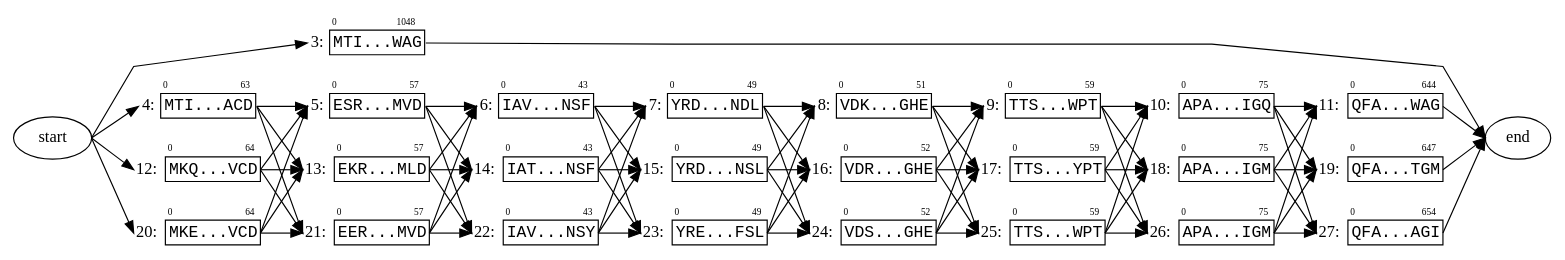
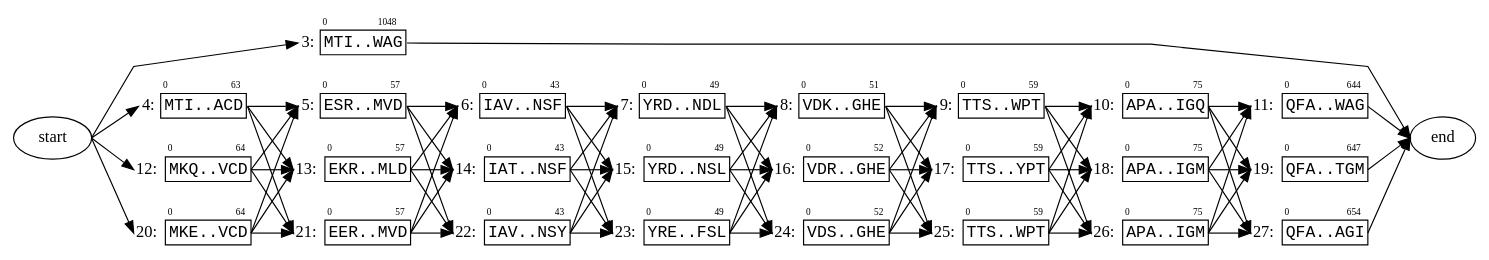
The diagram in docs/figures/protein_figure_1.dot (ginkgobioworks/gen), drawn with Graphviz before and after one commit. The commit also changed 2 other files, not shown here.

```diff
--- a/docs/figures/protein_figure_1.dot
+++ b/docs/figures/protein_figure_1.dot
@@ -4,105 +4,105 @@
 	];
 	node [label="\N"];
 	source	[label=start];
-	3.0	[label=<<TABLE BORDER='0' CELLBORDER='1' CELLSPACING='0'><TR><TD BORDER='0'></TD><TD BORDER='0' ALIGN='LEFT'><FONT POINT-SIZE='8'>0</FONT></TD><TD BORDER='0' ALIGN='RIGHT'><FONT POINT-SIZE='8'>1048</FONT></TD></TR><TR><TD BORDER='0' PORT='caption' ALIGN='right'>3:</TD><TD PORT='seq' COLSPAN='2'><FONT FACE='Courier New'>MTI...WAG</FONT></TD></TR></TABLE>>,
+	3.0	[label=<<TABLE BORDER='0' CELLBORDER='1' CELLSPACING='0'><TR><TD BORDER='0'></TD><TD BORDER='0' ALIGN='LEFT'><FONT POINT-SIZE='8'>0</FONT></TD><TD BORDER='0' ALIGN='RIGHT'><FONT POINT-SIZE='8'>1048</FONT></TD></TR><TR><TD BORDER='0' PORT='caption' ALIGN='right'>3:</TD><TD PORT='seq' COLSPAN='2'><FONT FACE='Courier New'>MTI..WAG</FONT></TD></TR></TABLE>>,
 		margin=0,
 		shape=none];
 	source:e -> 3.0:caption:w;
-	4.0	[label=<<TABLE BORDER='0' CELLBORDER='1' CELLSPACING='0'><TR><TD BORDER='0'></TD><TD BORDER='0' ALIGN='LEFT'><FONT POINT-SIZE='8'>0</FONT></TD><TD BORDER='0' ALIGN='RIGHT'><FONT POINT-SIZE='8'>63</FONT></TD></TR><TR><TD BORDER='0' PORT='caption' ALIGN='right'>4:</TD><TD PORT='seq' COLSPAN='2'><FONT FACE='Courier New'>MTI...ACD</FONT></TD></TR></TABLE>>,
+	4.0	[label=<<TABLE BORDER='0' CELLBORDER='1' CELLSPACING='0'><TR><TD BORDER='0'></TD><TD BORDER='0' ALIGN='LEFT'><FONT POINT-SIZE='8'>0</FONT></TD><TD BORDER='0' ALIGN='RIGHT'><FONT POINT-SIZE='8'>63</FONT></TD></TR><TR><TD BORDER='0' PORT='caption' ALIGN='right'>4:</TD><TD PORT='seq' COLSPAN='2'><FONT FACE='Courier New'>MTI..ACD</FONT></TD></TR></TABLE>>,
 		margin=0,
 		shape=none];
 	source:e -> 4.0:caption:w;
-	12.0	[label=<<TABLE BORDER='0' CELLBORDER='1' CELLSPACING='0'><TR><TD BORDER='0'></TD><TD BORDER='0' ALIGN='LEFT'><FONT POINT-SIZE='8'>0</FONT></TD><TD BORDER='0' ALIGN='RIGHT'><FONT POINT-SIZE='8'>64</FONT></TD></TR><TR><TD BORDER='0' PORT='caption' ALIGN='right'>12:</TD><TD PORT='seq' COLSPAN='2'><FONT FACE='Courier New'>MKQ...VCD</FONT></TD></TR></TABLE>>,
+	12.0	[label=<<TABLE BORDER='0' CELLBORDER='1' CELLSPACING='0'><TR><TD BORDER='0'></TD><TD BORDER='0' ALIGN='LEFT'><FONT POINT-SIZE='8'>0</FONT></TD><TD BORDER='0' ALIGN='RIGHT'><FONT POINT-SIZE='8'>64</FONT></TD></TR><TR><TD BORDER='0' PORT='caption' ALIGN='right'>12:</TD><TD PORT='seq' COLSPAN='2'><FONT FACE='Courier New'>MKQ..VCD</FONT></TD></TR></TABLE>>,
 		margin=0,
 		shape=none];
 	source:e -> 12.0:caption:w;
-	20.0	[label=<<TABLE BORDER='0' CELLBORDER='1' CELLSPACING='0'><TR><TD BORDER='0'></TD><TD BORDER='0' ALIGN='LEFT'><FONT POINT-SIZE='8'>0</FONT></TD><TD BORDER='0' ALIGN='RIGHT'><FONT POINT-SIZE='8'>64</FONT></TD></TR><TR><TD BORDER='0' PORT='caption' ALIGN='right'>20:</TD><TD PORT='seq' COLSPAN='2'><FONT FACE='Courier New'>MKE...VCD</FONT></TD></TR></TABLE>>,
+	20.0	[label=<<TABLE BORDER='0' CELLBORDER='1' CELLSPACING='0'><TR><TD BORDER='0'></TD><TD BORDER='0' ALIGN='LEFT'><FONT POINT-SIZE='8'>0</FONT></TD><TD BORDER='0' ALIGN='RIGHT'><FONT POINT-SIZE='8'>64</FONT></TD></TR><TR><TD BORDER='0' PORT='caption' ALIGN='right'>20:</TD><TD PORT='seq' COLSPAN='2'><FONT FACE='Courier New'>MKE..VCD</FONT></TD></TR></TABLE>>,
 		margin=0,
 		shape=none];
 	source:e -> 20.0:caption:w;
 	sink	[label=end];
 	3.0:seq:e -> sink:w;
-	5.0	[label=<<TABLE BORDER='0' CELLBORDER='1' CELLSPACING='0'><TR><TD BORDER='0'></TD><TD BORDER='0' ALIGN='LEFT'><FONT POINT-SIZE='8'>0</FONT></TD><TD BORDER='0' ALIGN='RIGHT'><FONT POINT-SIZE='8'>57</FONT></TD></TR><TR><TD BORDER='0' PORT='caption' ALIGN='right'>5:</TD><TD PORT='seq' COLSPAN='2'><FONT FACE='Courier New'>ESR...MVD</FONT></TD></TR></TABLE>>,
+	5.0	[label=<<TABLE BORDER='0' CELLBORDER='1' CELLSPACING='0'><TR><TD BORDER='0'></TD><TD BORDER='0' ALIGN='LEFT'><FONT POINT-SIZE='8'>0</FONT></TD><TD BORDER='0' ALIGN='RIGHT'><FONT POINT-SIZE='8'>57</FONT></TD></TR><TR><TD BORDER='0' PORT='caption' ALIGN='right'>5:</TD><TD PORT='seq' COLSPAN='2'><FONT FACE='Courier New'>ESR..MVD</FONT></TD></TR></TABLE>>,
 		margin=0,
 		shape=none];
 	4.0:seq:e -> 5.0:caption:w;
-	13.0	[label=<<TABLE BORDER='0' CELLBORDER='1' CELLSPACING='0'><TR><TD BORDER='0'></TD><TD BORDER='0' ALIGN='LEFT'><FONT POINT-SIZE='8'>0</FONT></TD><TD BORDER='0' ALIGN='RIGHT'><FONT POINT-SIZE='8'>57</FONT></TD></TR><TR><TD BORDER='0' PORT='caption' ALIGN='right'>13:</TD><TD PORT='seq' COLSPAN='2'><FONT FACE='Courier New'>EKR...MLD</FONT></TD></TR></TABLE>>,
+	13.0	[label=<<TABLE BORDER='0' CELLBORDER='1' CELLSPACING='0'><TR><TD BORDER='0'></TD><TD BORDER='0' ALIGN='LEFT'><FONT POINT-SIZE='8'>0</FONT></TD><TD BORDER='0' ALIGN='RIGHT'><FONT POINT-SIZE='8'>57</FONT></TD></TR><TR><TD BORDER='0' PORT='caption' ALIGN='right'>13:</TD><TD PORT='seq' COLSPAN='2'><FONT FACE='Courier New'>EKR..MLD</FONT></TD></TR></TABLE>>,
 		margin=0,
 		shape=none];
 	4.0:seq:e -> 13.0:caption:w;
-	21.0	[label=<<TABLE BORDER='0' CELLBORDER='1' CELLSPACING='0'><TR><TD BORDER='0'></TD><TD BORDER='0' ALIGN='LEFT'><FONT POINT-SIZE='8'>0</FONT></TD><TD BORDER='0' ALIGN='RIGHT'><FONT POINT-SIZE='8'>57</FONT></TD></TR><TR><TD BORDER='0' PORT='caption' ALIGN='right'>21:</TD><TD PORT='seq' COLSPAN='2'><FONT FACE='Courier New'>EER...MVD</FONT></TD></TR></TABLE>>,
+	21.0	[label=<<TABLE BORDER='0' CELLBORDER='1' CELLSPACING='0'><TR><TD BORDER='0'></TD><TD BORDER='0' ALIGN='LEFT'><FONT POINT-SIZE='8'>0</FONT></TD><TD BORDER='0' ALIGN='RIGHT'><FONT POINT-SIZE='8'>57</FONT></TD></TR><TR><TD BORDER='0' PORT='caption' ALIGN='right'>21:</TD><TD PORT='seq' COLSPAN='2'><FONT FACE='Courier New'>EER..MVD</FONT></TD></TR></TABLE>>,
 		margin=0,
 		shape=none];
 	4.0:seq:e -> 21.0:caption:w;
-	6.0	[label=<<TABLE BORDER='0' CELLBORDER='1' CELLSPACING='0'><TR><TD BORDER='0'></TD><TD BORDER='0' ALIGN='LEFT'><FONT POINT-SIZE='8'>0</FONT></TD><TD BORDER='0' ALIGN='RIGHT'><FONT POINT-SIZE='8'>43</FONT></TD></TR><TR><TD BORDER='0' PORT='caption' ALIGN='right'>6:</TD><TD PORT='seq' COLSPAN='2'><FONT FACE='Courier New'>IAV...NSF</FONT></TD></TR></TABLE>>,
+	6.0	[label=<<TABLE BORDER='0' CELLBORDER='1' CELLSPACING='0'><TR><TD BORDER='0'></TD><TD BORDER='0' ALIGN='LEFT'><FONT POINT-SIZE='8'>0</FONT></TD><TD BORDER='0' ALIGN='RIGHT'><FONT POINT-SIZE='8'>43</FONT></TD></TR><TR><TD BORDER='0' PORT='caption' ALIGN='right'>6:</TD><TD PORT='seq' COLSPAN='2'><FONT FACE='Courier New'>IAV..NSF</FONT></TD></TR></TABLE>>,
 		margin=0,
 		shape=none];
 	5.0:seq:e -> 6.0:caption:w;
-	14.0	[label=<<TABLE BORDER='0' CELLBORDER='1' CELLSPACING='0'><TR><TD BORDER='0'></TD><TD BORDER='0' ALIGN='LEFT'><FONT POINT-SIZE='8'>0</FONT></TD><TD BORDER='0' ALIGN='RIGHT'><FONT POINT-SIZE='8'>43</FONT></TD></TR><TR><TD BORDER='0' PORT='caption' ALIGN='right'>14:</TD><TD PORT='seq' COLSPAN='2'><FONT FACE='Courier New'>IAT...NSF</FONT></TD></TR></TABLE>>,
+	14.0	[label=<<TABLE BORDER='0' CELLBORDER='1' CELLSPACING='0'><TR><TD BORDER='0'></TD><TD BORDER='0' ALIGN='LEFT'><FONT POINT-SIZE='8'>0</FONT></TD><TD BORDER='0' ALIGN='RIGHT'><FONT POINT-SIZE='8'>43</FONT></TD></TR><TR><TD BORDER='0' PORT='caption' ALIGN='right'>14:</TD><TD PORT='seq' COLSPAN='2'><FONT FACE='Courier New'>IAT..NSF</FONT></TD></TR></TABLE>>,
 		margin=0,
 		shape=none];
 	5.0:seq:e -> 14.0:caption:w;
-	22.0	[label=<<TABLE BORDER='0' CELLBORDER='1' CELLSPACING='0'><TR><TD BORDER='0'></TD><TD BORDER='0' ALIGN='LEFT'><FONT POINT-SIZE='8'>0</FONT></TD><TD BORDER='0' ALIGN='RIGHT'><FONT POINT-SIZE='8'>43</FONT></TD></TR><TR><TD BORDER='0' PORT='caption' ALIGN='right'>22:</TD><TD PORT='seq' COLSPAN='2'><FONT FACE='Courier New'>IAV...NSY</FONT></TD></TR></TABLE>>,
+	22.0	[label=<<TABLE BORDER='0' CELLBORDER='1' CELLSPACING='0'><TR><TD BORDER='0'></TD><TD BORDER='0' ALIGN='LEFT'><FONT POINT-SIZE='8'>0</FONT></TD><TD BORDER='0' ALIGN='RIGHT'><FONT POINT-SIZE='8'>43</FONT></TD></TR><TR><TD BORDER='0' PORT='caption' ALIGN='right'>22:</TD><TD PORT='seq' COLSPAN='2'><FONT FACE='Courier New'>IAV..NSY</FONT></TD></TR></TABLE>>,
 		margin=0,
 		shape=none];
 	5.0:seq:e -> 22.0:caption:w;
-	7.0	[label=<<TABLE BORDER='0' CELLBORDER='1' CELLSPACING='0'><TR><TD BORDER='0'></TD><TD BORDER='0' ALIGN='LEFT'><FONT POINT-SIZE='8'>0</FONT></TD><TD BORDER='0' ALIGN='RIGHT'><FONT POINT-SIZE='8'>49</FONT></TD></TR><TR><TD BORDER='0' PORT='caption' ALIGN='right'>7:</TD><TD PORT='seq' COLSPAN='2'><FONT FACE='Courier New'>YRD...NDL</FONT></TD></TR></TABLE>>,
+	7.0	[label=<<TABLE BORDER='0' CELLBORDER='1' CELLSPACING='0'><TR><TD BORDER='0'></TD><TD BORDER='0' ALIGN='LEFT'><FONT POINT-SIZE='8'>0</FONT></TD><TD BORDER='0' ALIGN='RIGHT'><FONT POINT-SIZE='8'>49</FONT></TD></TR><TR><TD BORDER='0' PORT='caption' ALIGN='right'>7:</TD><TD PORT='seq' COLSPAN='2'><FONT FACE='Courier New'>YRD..NDL</FONT></TD></TR></TABLE>>,
 		margin=0,
 		shape=none];
 	6.0:seq:e -> 7.0:caption:w;
-	15.0	[label=<<TABLE BORDER='0' CELLBORDER='1' CELLSPACING='0'><TR><TD BORDER='0'></TD><TD BORDER='0' ALIGN='LEFT'><FONT POINT-SIZE='8'>0</FONT></TD><TD BORDER='0' ALIGN='RIGHT'><FONT POINT-SIZE='8'>49</FONT></TD></TR><TR><TD BORDER='0' PORT='caption' ALIGN='right'>15:</TD><TD PORT='seq' COLSPAN='2'><FONT FACE='Courier New'>YRD...NSL</FONT></TD></TR></TABLE>>,
+	15.0	[label=<<TABLE BORDER='0' CELLBORDER='1' CELLSPACING='0'><TR><TD BORDER='0'></TD><TD BORDER='0' ALIGN='LEFT'><FONT POINT-SIZE='8'>0</FONT></TD><TD BORDER='0' ALIGN='RIGHT'><FONT POINT-SIZE='8'>49</FONT></TD></TR><TR><TD BORDER='0' PORT='caption' ALIGN='right'>15:</TD><TD PORT='seq' COLSPAN='2'><FONT FACE='Courier New'>YRD..NSL</FONT></TD></TR></TABLE>>,
 		margin=0,
 		shape=none];
 	6.0:seq:e -> 15.0:caption:w;
-	23.0	[label=<<TABLE BORDER='0' CELLBORDER='1' CELLSPACING='0'><TR><TD BORDER='0'></TD><TD BORDER='0' ALIGN='LEFT'><FONT POINT-SIZE='8'>0</FONT></TD><TD BORDER='0' ALIGN='RIGHT'><FONT POINT-SIZE='8'>49</FONT></TD></TR><TR><TD BORDER='0' PORT='caption' ALIGN='right'>23:</TD><TD PORT='seq' COLSPAN='2'><FONT FACE='Courier New'>YRE...FSL</FONT></TD></TR></TABLE>>,
+	23.0	[label=<<TABLE BORDER='0' CELLBORDER='1' CELLSPACING='0'><TR><TD BORDER='0'></TD><TD BORDER='0' ALIGN='LEFT'><FONT POINT-SIZE='8'>0</FONT></TD><TD BORDER='0' ALIGN='RIGHT'><FONT POINT-SIZE='8'>49</FONT></TD></TR><TR><TD BORDER='0' PORT='caption' ALIGN='right'>23:</TD><TD PORT='seq' COLSPAN='2'><FONT FACE='Courier New'>YRE..FSL</FONT></TD></TR></TABLE>>,
 		margin=0,
 		shape=none];
 	6.0:seq:e -> 23.0:caption:w;
-	8.0	[label=<<TABLE BORDER='0' CELLBORDER='1' CELLSPACING='0'><TR><TD BORDER='0'></TD><TD BORDER='0' ALIGN='LEFT'><FONT POINT-SIZE='8'>0</FONT></TD><TD BORDER='0' ALIGN='RIGHT'><FONT POINT-SIZE='8'>51</FONT></TD></TR><TR><TD BORDER='0' PORT='caption' ALIGN='right'>8:</TD><TD PORT='seq' COLSPAN='2'><FONT FACE='Courier New'>VDK...GHE</FONT></TD></TR></TABLE>>,
+	8.0	[label=<<TABLE BORDER='0' CELLBORDER='1' CELLSPACING='0'><TR><TD BORDER='0'></TD><TD BORDER='0' ALIGN='LEFT'><FONT POINT-SIZE='8'>0</FONT></TD><TD BORDER='0' ALIGN='RIGHT'><FONT POINT-SIZE='8'>51</FONT></TD></TR><TR><TD BORDER='0' PORT='caption' ALIGN='right'>8:</TD><TD PORT='seq' COLSPAN='2'><FONT FACE='Courier New'>VDK..GHE</FONT></TD></TR></TABLE>>,
 		margin=0,
 		shape=none];
 	7.0:seq:e -> 8.0:caption:w;
-	16.0	[label=<<TABLE BORDER='0' CELLBORDER='1' CELLSPACING='0'><TR><TD BORDER='0'></TD><TD BORDER='0' ALIGN='LEFT'><FONT POINT-SIZE='8'>0</FONT></TD><TD BORDER='0' ALIGN='RIGHT'><FONT POINT-SIZE='8'>52</FONT></TD></TR><TR><TD BORDER='0' PORT='caption' ALIGN='right'>16:</TD><TD PORT='seq' COLSPAN='2'><FONT FACE='Courier New'>VDR...GHE</FONT></TD></TR></TABLE>>,
+	16.0	[label=<<TABLE BORDER='0' CELLBORDER='1' CELLSPACING='0'><TR><TD BORDER='0'></TD><TD BORDER='0' ALIGN='LEFT'><FONT POINT-SIZE='8'>0</FONT></TD><TD BORDER='0' ALIGN='RIGHT'><FONT POINT-SIZE='8'>52</FONT></TD></TR><TR><TD BORDER='0' PORT='caption' ALIGN='right'>16:</TD><TD PORT='seq' COLSPAN='2'><FONT FACE='Courier New'>VDR..GHE</FONT></TD></TR></TABLE>>,
 		margin=0,
 		shape=none];
 	7.0:seq:e -> 16.0:caption:w;
-	24.0	[label=<<TABLE BORDER='0' CELLBORDER='1' CELLSPACING='0'><TR><TD BORDER='0'></TD><TD BORDER='0' ALIGN='LEFT'><FONT POINT-SIZE='8'>0</FONT></TD><TD BORDER='0' ALIGN='RIGHT'><FONT POINT-SIZE='8'>52</FONT></TD></TR><TR><TD BORDER='0' PORT='caption' ALIGN='right'>24:</TD><TD PORT='seq' COLSPAN='2'><FONT FACE='Courier New'>VDS...GHE</FONT></TD></TR></TABLE>>,
+	24.0	[label=<<TABLE BORDER='0' CELLBORDER='1' CELLSPACING='0'><TR><TD BORDER='0'></TD><TD BORDER='0' ALIGN='LEFT'><FONT POINT-SIZE='8'>0</FONT></TD><TD BORDER='0' ALIGN='RIGHT'><FONT POINT-SIZE='8'>52</FONT></TD></TR><TR><TD BORDER='0' PORT='caption' ALIGN='right'>24:</TD><TD PORT='seq' COLSPAN='2'><FONT FACE='Courier New'>VDS..GHE</FONT></TD></TR></TABLE>>,
 		margin=0,
 		shape=none];
 	7.0:seq:e -> 24.0:caption:w;
-	9.0	[label=<<TABLE BORDER='0' CELLBORDER='1' CELLSPACING='0'><TR><TD BORDER='0'></TD><TD BORDER='0' ALIGN='LEFT'><FONT POINT-SIZE='8'>0</FONT></TD><TD BORDER='0' ALIGN='RIGHT'><FONT POINT-SIZE='8'>59</FONT></TD></TR><TR><TD BORDER='0' PORT='caption' ALIGN='right'>9:</TD><TD PORT='seq' COLSPAN='2'><FONT FACE='Courier New'>TTS...WPT</FONT></TD></TR></TABLE>>,
+	9.0	[label=<<TABLE BORDER='0' CELLBORDER='1' CELLSPACING='0'><TR><TD BORDER='0'></TD><TD BORDER='0' ALIGN='LEFT'><FONT POINT-SIZE='8'>0</FONT></TD><TD BORDER='0' ALIGN='RIGHT'><FONT POINT-SIZE='8'>59</FONT></TD></TR><TR><TD BORDER='0' PORT='caption' ALIGN='right'>9:</TD><TD PORT='seq' COLSPAN='2'><FONT FACE='Courier New'>TTS..WPT</FONT></TD></TR></TABLE>>,
 		margin=0,
 		shape=none];
 	8.0:seq:e -> 9.0:caption:w;
-	17.0	[label=<<TABLE BORDER='0' CELLBORDER='1' CELLSPACING='0'><TR><TD BORDER='0'></TD><TD BORDER='0' ALIGN='LEFT'><FONT POINT-SIZE='8'>0</FONT></TD><TD BORDER='0' ALIGN='RIGHT'><FONT POINT-SIZE='8'>59</FONT></TD></TR><TR><TD BORDER='0' PORT='caption' ALIGN='right'>17:</TD><TD PORT='seq' COLSPAN='2'><FONT FACE='Courier New'>TTS...YPT</FONT></TD></TR></TABLE>>,
+	17.0	[label=<<TABLE BORDER='0' CELLBORDER='1' CELLSPACING='0'><TR><TD BORDER='0'></TD><TD BORDER='0' ALIGN='LEFT'><FONT POINT-SIZE='8'>0</FONT></TD><TD BORDER='0' ALIGN='RIGHT'><FONT POINT-SIZE='8'>59</FONT></TD></TR><TR><TD BORDER='0' PORT='caption' ALIGN='right'>17:</TD><TD PORT='seq' COLSPAN='2'><FONT FACE='Courier New'>TTS..YPT</FONT></TD></TR></TABLE>>,
 		margin=0,
 		shape=none];
 	8.0:seq:e -> 17.0:caption:w;
-	25.0	[label=<<TABLE BORDER='0' CELLBORDER='1' CELLSPACING='0'><TR><TD BORDER='0'></TD><TD BORDER='0' ALIGN='LEFT'><FONT POINT-SIZE='8'>0</FONT></TD><TD BORDER='0' ALIGN='RIGHT'><FONT POINT-SIZE='8'>59</FONT></TD></TR><TR><TD BORDER='0' PORT='caption' ALIGN='right'>25:</TD><TD PORT='seq' COLSPAN='2'><FONT FACE='Courier New'>TTS...WPT</FONT></TD></TR></TABLE>>,
+	25.0	[label=<<TABLE BORDER='0' CELLBORDER='1' CELLSPACING='0'><TR><TD BORDER='0'></TD><TD BORDER='0' ALIGN='LEFT'><FONT POINT-SIZE='8'>0</FONT></TD><TD BORDER='0' ALIGN='RIGHT'><FONT POINT-SIZE='8'>59</FONT></TD></TR><TR><TD BORDER='0' PORT='caption' ALIGN='right'>25:</TD><TD PORT='seq' COLSPAN='2'><FONT FACE='Courier New'>TTS..WPT</FONT></TD></TR></TABLE>>,
 		margin=0,
 		shape=none];
 	8.0:seq:e -> 25.0:caption:w;
-	10.0	[label=<<TABLE BORDER='0' CELLBORDER='1' CELLSPACING='0'><TR><TD BORDER='0'></TD><TD BORDER='0' ALIGN='LEFT'><FONT POINT-SIZE='8'>0</FONT></TD><TD BORDER='0' ALIGN='RIGHT'><FONT POINT-SIZE='8'>75</FONT></TD></TR><TR><TD BORDER='0' PORT='caption' ALIGN='right'>10:</TD><TD PORT='seq' COLSPAN='2'><FONT FACE='Courier New'>APA...IGQ</FONT></TD></TR></TABLE>>,
+	10.0	[label=<<TABLE BORDER='0' CELLBORDER='1' CELLSPACING='0'><TR><TD BORDER='0'></TD><TD BORDER='0' ALIGN='LEFT'><FONT POINT-SIZE='8'>0</FONT></TD><TD BORDER='0' ALIGN='RIGHT'><FONT POINT-SIZE='8'>75</FONT></TD></TR><TR><TD BORDER='0' PORT='caption' ALIGN='right'>10:</TD><TD PORT='seq' COLSPAN='2'><FONT FACE='Courier New'>APA..IGQ</FONT></TD></TR></TABLE>>,
 		margin=0,
 		shape=none];
 	9.0:seq:e -> 10.0:caption:w;
-	18.0	[label=<<TABLE BORDER='0' CELLBORDER='1' CELLSPACING='0'><TR><TD BORDER='0'></TD><TD BORDER='0' ALIGN='LEFT'><FONT POINT-SIZE='8'>0</FONT></TD><TD BORDER='0' ALIGN='RIGHT'><FONT POINT-SIZE='8'>75</FONT></TD></TR><TR><TD BORDER='0' PORT='caption' ALIGN='right'>18:</TD><TD PORT='seq' COLSPAN='2'><FONT FACE='Courier New'>APA...IGM</FONT></TD></TR></TABLE>>,
+	18.0	[label=<<TABLE BORDER='0' CELLBORDER='1' CELLSPACING='0'><TR><TD BORDER='0'></TD><TD BORDER='0' ALIGN='LEFT'><FONT POINT-SIZE='8'>0</FONT></TD><TD BORDER='0' ALIGN='RIGHT'><FONT POINT-SIZE='8'>75</FONT></TD></TR><TR><TD BORDER='0' PORT='caption' ALIGN='right'>18:</TD><TD PORT='seq' COLSPAN='2'><FONT FACE='Courier New'>APA..IGM</FONT></TD></TR></TABLE>>,
 		margin=0,
 		shape=none];
 	9.0:seq:e -> 18.0:caption:w;
-	26.0	[label=<<TABLE BORDER='0' CELLBORDER='1' CELLSPACING='0'><TR><TD BORDER='0'></TD><TD BORDER='0' ALIGN='LEFT'><FONT POINT-SIZE='8'>0</FONT></TD><TD BORDER='0' ALIGN='RIGHT'><FONT POINT-SIZE='8'>75</FONT></TD></TR><TR><TD BORDER='0' PORT='caption' ALIGN='right'>26:</TD><TD PORT='seq' COLSPAN='2'><FONT FACE='Courier New'>APA...IGM</FONT></TD></TR></TABLE>>,
+	26.0	[label=<<TABLE BORDER='0' CELLBORDER='1' CELLSPACING='0'><TR><TD BORDER='0'></TD><TD BORDER='0' ALIGN='LEFT'><FONT POINT-SIZE='8'>0</FONT></TD><TD BORDER='0' ALIGN='RIGHT'><FONT POINT-SIZE='8'>75</FONT></TD></TR><TR><TD BORDER='0' PORT='caption' ALIGN='right'>26:</TD><TD PORT='seq' COLSPAN='2'><FONT FACE='Courier New'>APA..IGM</FONT></TD></TR></TABLE>>,
 		margin=0,
 		shape=none];
 	9.0:seq:e -> 26.0:caption:w;
-	11.0	[label=<<TABLE BORDER='0' CELLBORDER='1' CELLSPACING='0'><TR><TD BORDER='0'></TD><TD BORDER='0' ALIGN='LEFT'><FONT POINT-SIZE='8'>0</FONT></TD><TD BORDER='0' ALIGN='RIGHT'><FONT POINT-SIZE='8'>644</FONT></TD></TR><TR><TD BORDER='0' PORT='caption' ALIGN='right'>11:</TD><TD PORT='seq' COLSPAN='2'><FONT FACE='Courier New'>QFA...WAG</FONT></TD></TR></TABLE>>,
+	11.0	[label=<<TABLE BORDER='0' CELLBORDER='1' CELLSPACING='0'><TR><TD BORDER='0'></TD><TD BORDER='0' ALIGN='LEFT'><FONT POINT-SIZE='8'>0</FONT></TD><TD BORDER='0' ALIGN='RIGHT'><FONT POINT-SIZE='8'>644</FONT></TD></TR><TR><TD BORDER='0' PORT='caption' ALIGN='right'>11:</TD><TD PORT='seq' COLSPAN='2'><FONT FACE='Courier New'>QFA..WAG</FONT></TD></TR></TABLE>>,
 		margin=0,
 		shape=none];
 	10.0:seq:e -> 11.0:caption:w;
-	19.0	[label=<<TABLE BORDER='0' CELLBORDER='1' CELLSPACING='0'><TR><TD BORDER='0'></TD><TD BORDER='0' ALIGN='LEFT'><FONT POINT-SIZE='8'>0</FONT></TD><TD BORDER='0' ALIGN='RIGHT'><FONT POINT-SIZE='8'>647</FONT></TD></TR><TR><TD BORDER='0' PORT='caption' ALIGN='right'>19:</TD><TD PORT='seq' COLSPAN='2'><FONT FACE='Courier New'>QFA...TGM</FONT></TD></TR></TABLE>>,
+	19.0	[label=<<TABLE BORDER='0' CELLBORDER='1' CELLSPACING='0'><TR><TD BORDER='0'></TD><TD BORDER='0' ALIGN='LEFT'><FONT POINT-SIZE='8'>0</FONT></TD><TD BORDER='0' ALIGN='RIGHT'><FONT POINT-SIZE='8'>647</FONT></TD></TR><TR><TD BORDER='0' PORT='caption' ALIGN='right'>19:</TD><TD PORT='seq' COLSPAN='2'><FONT FACE='Courier New'>QFA..TGM</FONT></TD></TR></TABLE>>,
 		margin=0,
 		shape=none];
 	10.0:seq:e -> 19.0:caption:w;
-	27.0	[label=<<TABLE BORDER='0' CELLBORDER='1' CELLSPACING='0'><TR><TD BORDER='0'></TD><TD BORDER='0' ALIGN='LEFT'><FONT POINT-SIZE='8'>0</FONT></TD><TD BORDER='0' ALIGN='RIGHT'><FONT POINT-SIZE='8'>654</FONT></TD></TR><TR><TD BORDER='0' PORT='caption' ALIGN='right'>27:</TD><TD PORT='seq' COLSPAN='2'><FONT FACE='Courier New'>QFA...AGI</FONT></TD></TR></TABLE>>,
+	27.0	[label=<<TABLE BORDER='0' CELLBORDER='1' CELLSPACING='0'><TR><TD BORDER='0'></TD><TD BORDER='0' ALIGN='LEFT'><FONT POINT-SIZE='8'>0</FONT></TD><TD BORDER='0' ALIGN='RIGHT'><FONT POINT-SIZE='8'>654</FONT></TD></TR><TR><TD BORDER='0' PORT='caption' ALIGN='right'>27:</TD><TD PORT='seq' COLSPAN='2'><FONT FACE='Courier New'>QFA..AGI</FONT></TD></TR></TABLE>>,
 		margin=0,
 		shape=none];
 	10.0:seq:e -> 27.0:caption:w;
```
